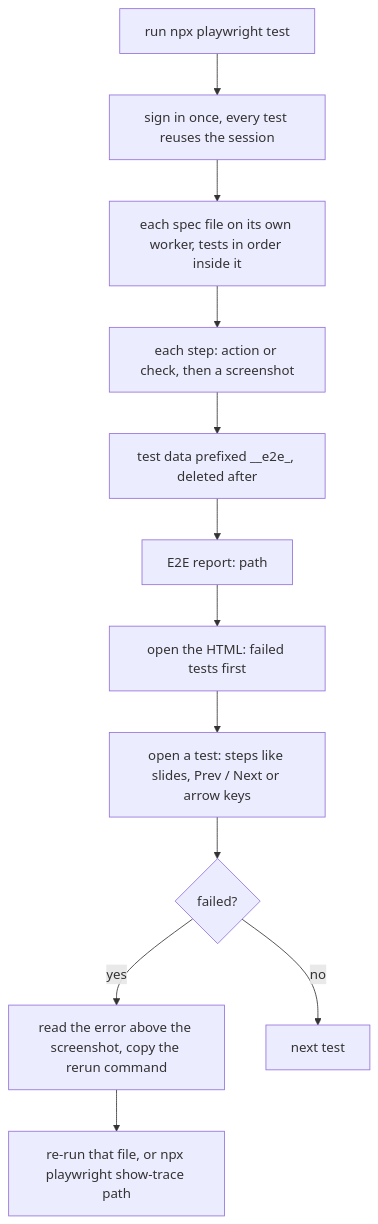
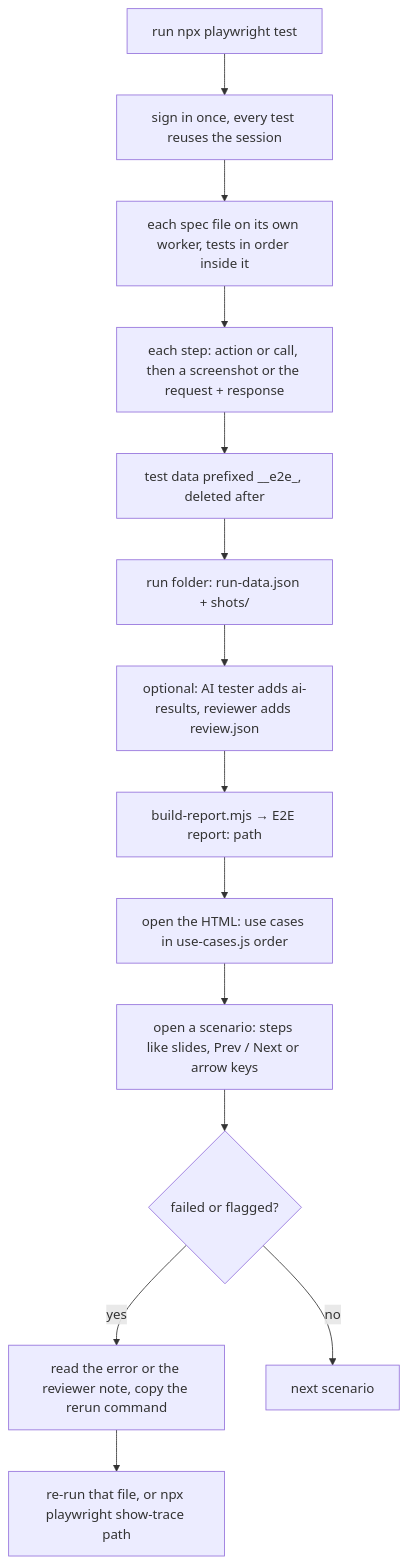
One commit to naphatwx/naphatwx-tools changed the diagram in plugins/naphatwx-tools/skills/e2e-test/template/README.md. Above: the diagram before and after it, drawn with Mermaid. The commit also changed other lines of this file and 66 other files, not shown here.

First line of the commit message:
feat(use-cases): one use-cases.js for every skill that plays or tests

````diff
--- a/plugins/naphatwx-tools/skills/e2e-test/template/README.md
+++ b/plugins/naphatwx-tools/skills/e2e-test/template/README.md
@@ -24,14 +32,16 @@
 ```mermaid
 graph TD
     A[run npx playwright test] --> B[sign in once, every test reuses the session]
     B --> C[each spec file on its own worker, tests in order inside it]
-    C --> D[each step: action or check, then a screenshot]
+    C --> D["each step: action or call, then a screenshot or the request + response"]
     D --> E[test data prefixed __e2e_, deleted after]
-    E --> F["E2E report: path"]
-    F --> G[open the HTML: failed tests first]
-    G --> H[open a test: steps like slides, Prev / Next or arrow keys]
-    H --> I{failed?}
-    I -->|yes| J[read the error above the screenshot, copy the rerun command]
-    J --> K["re-run that file, or npx playwright show-trace path"]
-    I -->|no| L[next test]
+    E --> F["run folder: run-data.json + shots/"]
+    F --> G[optional: AI tester adds ai-results, reviewer adds review.json]
+    G --> H["build-report.mjs → E2E report: path"]
+    H --> I[open the HTML: use cases in use-cases.js order]
+    I --> J[open a scenario: steps like slides, Prev / Next or arrow keys]
+    J --> K{failed or flagged?}
+    K -->|yes| L[read the error or the reviewer note, copy the rerun command]
+    L --> M["re-run that file, or npx playwright show-trace path"]
+    K -->|no| N[next scenario]
 ```
````
